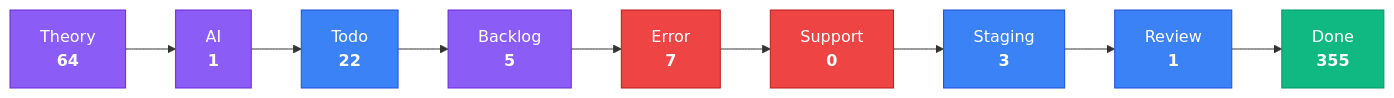
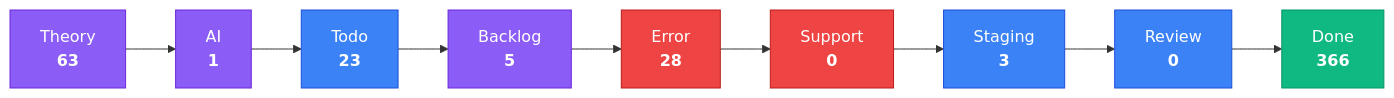
One commit to KBVE/kbve changed the third of 4 diagrams in apps/kbve/astro-kbve/src/content/docs/dashboard/kanban-data.mdx. Above: the diagram before and after it, drawn with Mermaid. The commit also changed other lines of this file and 8 other files, not shown here.

````diff
--- a/apps/kbve/astro-kbve/src/content/docs/dashboard/kanban-data.mdx
+++ b/apps/kbve/astro-kbve/src/content/docs/dashboard/kanban-data.mdx
@@ -80,28 +79,28 @@
 ```mermaid
 flowchart LR
     classDef planning fill:#8b5cf6,stroke:#6d28d9,color:#fff
     classDef active fill:#3b82f6,stroke:#1d4ed8,color:#fff
     classDef blocked fill:#ef4444,stroke:#b91c1c,color:#fff
     classDef done fill:#10b981,stroke:#059669,color:#fff
-    Theory["Theory<br/><strong>64</strong>"]
+    Theory["Theory<br/><strong>63</strong>"]
     Theory --> AI
     AI["AI<br/><strong>1</strong>"]
     AI --> Todo
-    Todo["Todo<br/><strong>22</strong>"]
+    Todo["Todo<br/><strong>23</strong>"]
     Todo --> Backlog
     Backlog["Backlog<br/><strong>5</strong>"]
     Backlog --> Error
-    Error["Error<br/><strong>7</strong>"]
+    Error["Error<br/><strong>28</strong>"]
     Error --> Support
     Support["Support<br/><strong>0</strong>"]
     Support --> Staging
     Staging["Staging<br/><strong>3</strong>"]
     Staging --> Review
-    Review["Review<br/><strong>1</strong>"]
+    Review["Review<br/><strong>0</strong>"]
     Review --> Done
-    Done["Done<br/><strong>355</strong>"]
+    Done["Done<br/><strong>366</strong>"]
     class Theory,AI,Backlog planning
     class Todo,Staging,Review active
     class Error,Support blocked
     class Done done
 ```
````
